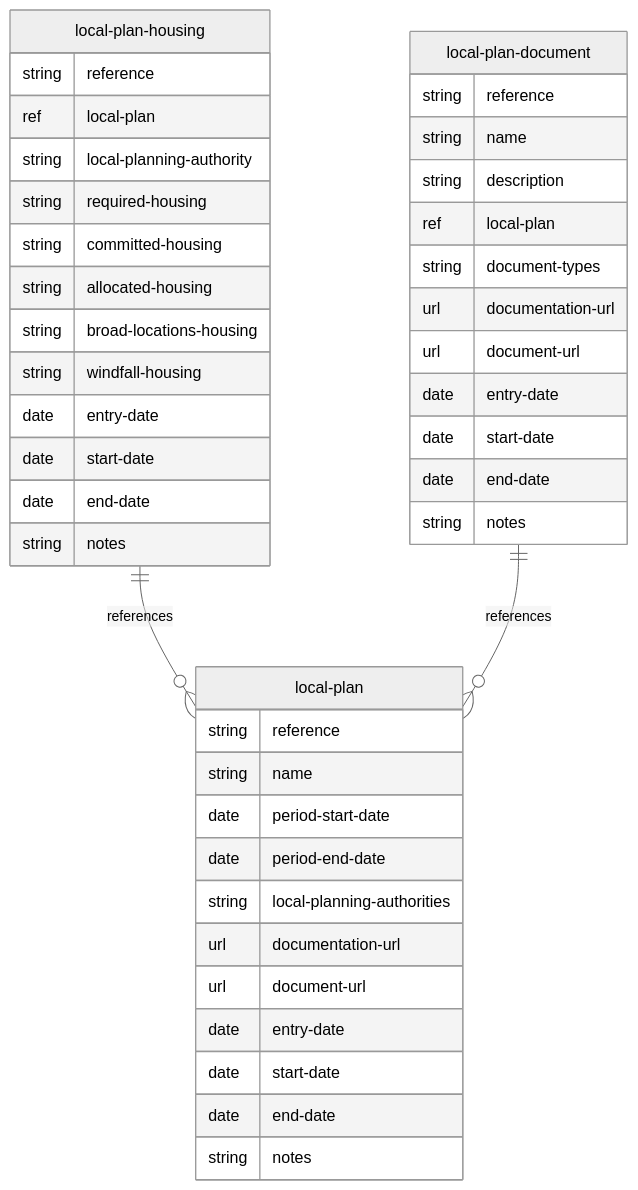
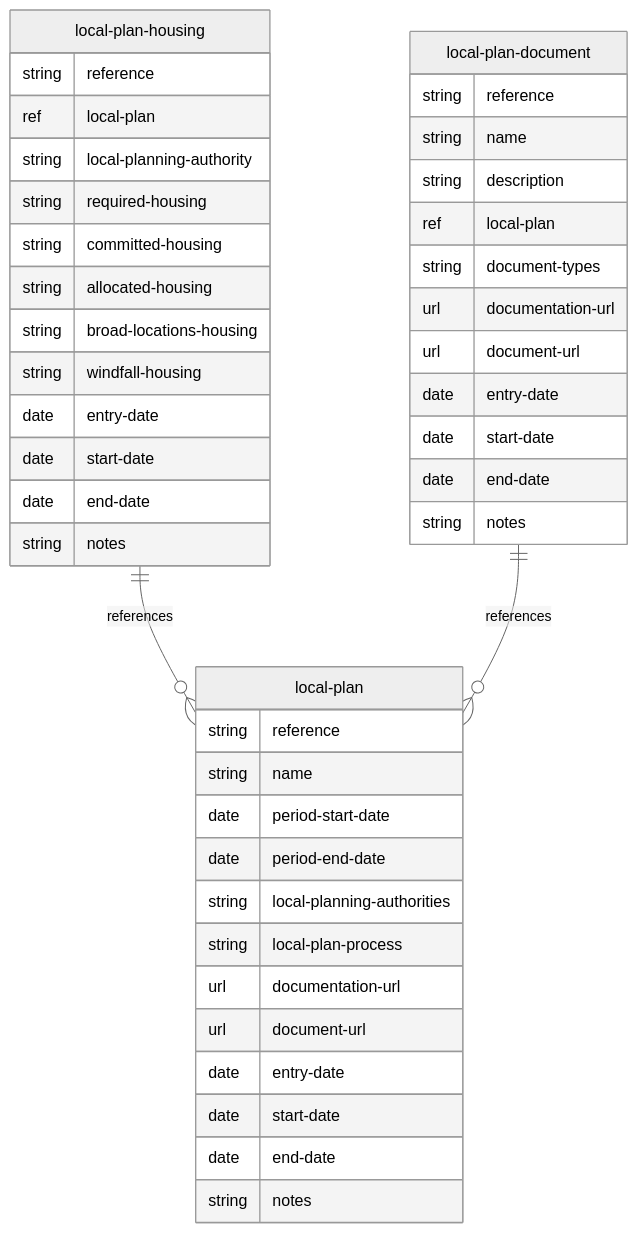
The diagram in docs/mermaid/local-plan.md (digital-land/specification), drawn with Mermaid (neutral theme) before and after one commit. The commit also changed 101 other files, not shown here.

````diff
--- a/docs/mermaid/local-plan.md
+++ b/docs/mermaid/local-plan.md
@@ -4,45 +4,46 @@
 ```mermaid
 erDiagram
     local-plan {
         string reference
         string name
         date period-start-date
         date period-end-date
         string local-planning-authorities
+        string local-plan-process
         url documentation-url
         url document-url
         date entry-date
         date start-date
         date end-date
         string notes
     }
     local-plan-housing {
         string reference
         ref local-plan
         string local-planning-authority
         string required-housing
         string committed-housing
         string allocated-housing
         string broad-locations-housing
         string windfall-housing
         date entry-date
         date start-date
         date end-date
         string notes
     }
     local-plan-document {
         string reference
         string name
         string description
         ref local-plan
         string document-types
         url documentation-url
         url document-url
         date entry-date
         date start-date
         date end-date
         string notes
     }
     local-plan-housing ||--o{ local-plan : references
     local-plan-document ||--o{ local-plan : references
 ```
````
